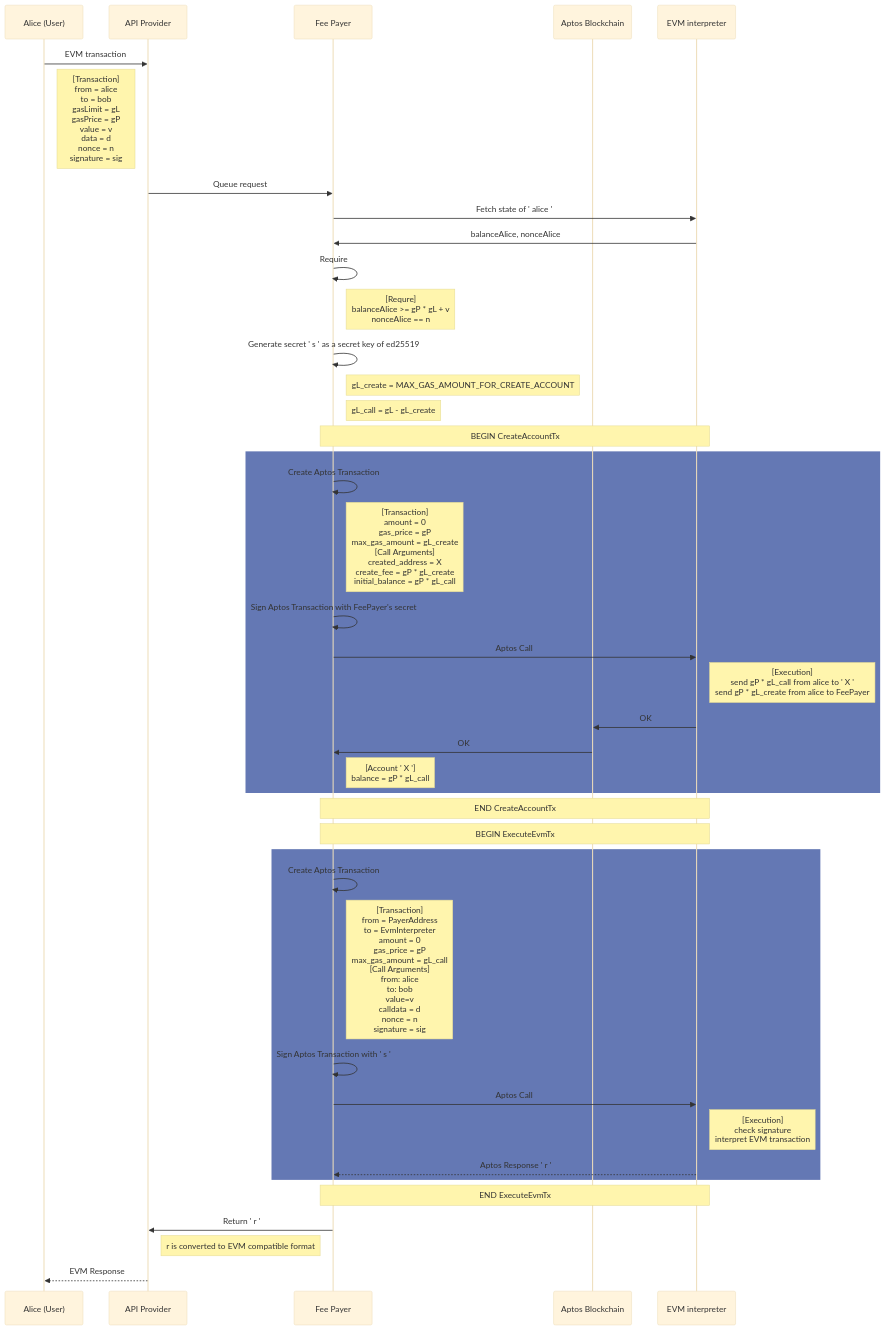
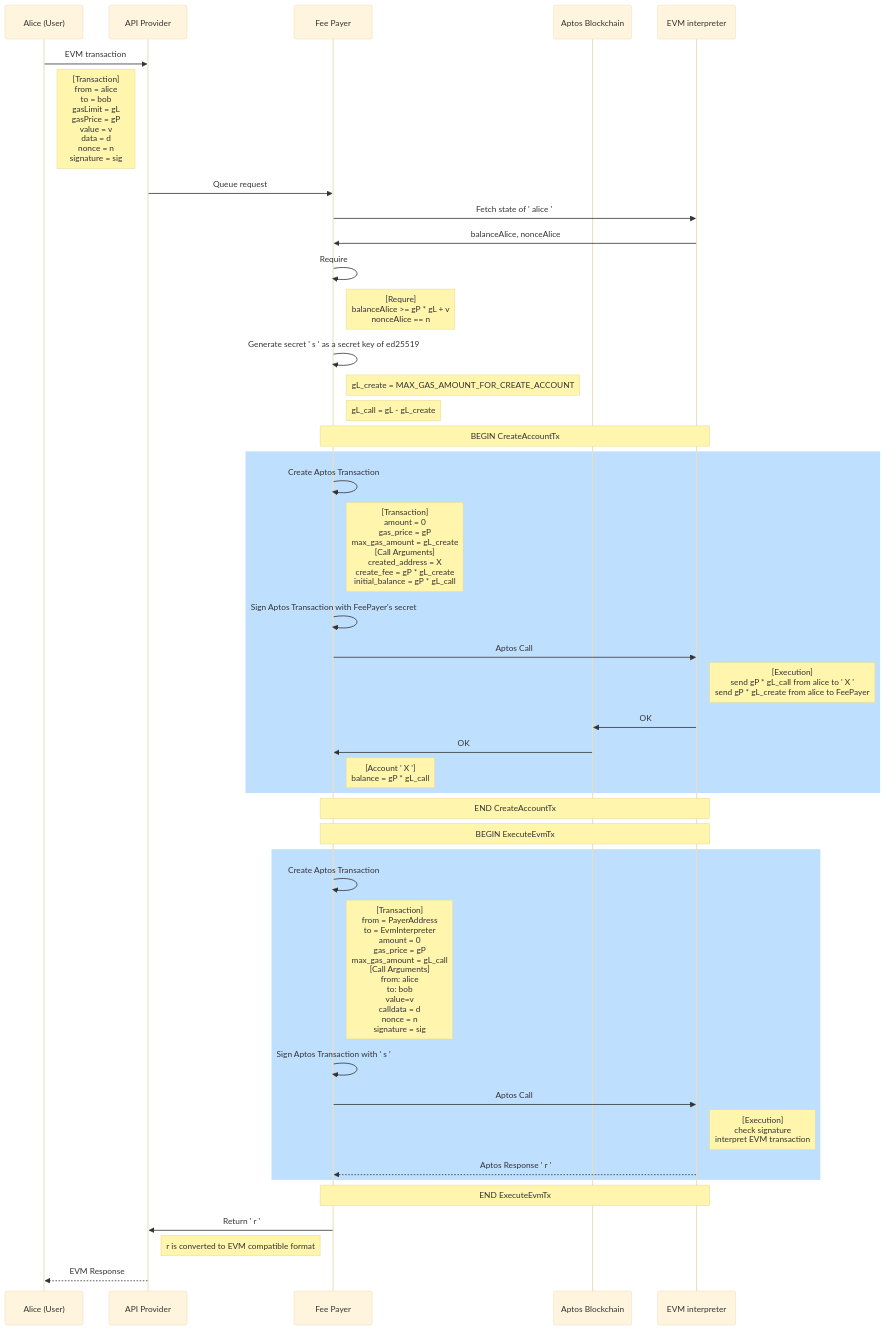
One commit to corriente-labs/half-evm changed the diagram in doc/proxy.md. Above: the diagram before and after it, drawn with Mermaid (base theme).

Commit message:
change color

````diff
--- a/doc/proxy.md
+++ b/doc/proxy.md
@@ -25,51 +25,51 @@
 ```mermaid
 sequenceDiagram
     participant Alice as Alice (User)
     participant API as API Provider
     participant Payer as Fee Payer
     participant Aptos as Aptos Blockchain
     participant EVM as EVM interpreter
 
     Alice->>API: EVM transaction
     Note right of Alice: [Transaction]<br/>from = alice<br/>to = bob<br/>gasLimit = gL<br/>gasPrice = gP<br/>value = v<br/>data = d<br/>nonce = n<br/>signature = sig
     API->>Payer: Queue request
 
     Payer->>EVM: Fetch state of ' alice '
     EVM->>Payer: balanceAlice, nonceAlice
     
     Payer->>Payer: Require
     Note right of Payer: [Requre]<br/>balanceAlice >= gP * gL + v<br/>nonceAlice == n
 
     Payer->>Payer: Generate secret ' s ' as a secret key of ed25519
 
     Note right of Payer: gL_create = MAX_GAS_AMOUNT_FOR_CREATE_ACCOUNT
     Note right of Payer: gL_call = gL - gL_create
 
     Note over Payer, EVM: BEGIN CreateAccountTx
-    rect rgb(100, 120, 180)
+    rect rgb(191, 223, 255)
         Payer->>Payer: Create Aptos Transaction
         Note right of Payer: [Transaction]<br/>amount = 0<br/>gas_price = gP<br/>max_gas_amount = gL_create<br/>[Call Arguments]<br/>created_address = X<br/>create_fee = gP * gL_create<br/>initial_balance = gP * gL_call
         Payer->>Payer: Sign Aptos Transaction with FeePayer's secret
         Payer->>EVM: Aptos Call
         Note right of EVM: [Execution]<br/>send gP * gL_call from alice to ' X '<br/>send gP * gL_create from alice to FeePayer
         EVM->>Aptos: OK
         Aptos->>Payer: OK
         Note right of Payer: [Account ' X ']<br/>balance = gP * gL_call
     end
     Note over Payer, EVM: END CreateAccountTx
 
     Note over Payer, EVM: BEGIN ExecuteEvmTx
-    rect rgb(100, 120, 180)
+    rect rgb(191, 223, 255)
         Payer->>Payer: Create Aptos Transaction
         Note right of Payer: [Transaction]<br/>from = PayerAddress<br/>to = EvmInterpreter<br/>amount = 0<br/>gas_price = gP<br/>max_gas_amount = gL_call<br/>[Call Arguments]<br/>from: alice<br/>to: bob<br/>value=v<br/>calldata = d<br/>nonce = n<br/>signature = sig
         Payer->>Payer: Sign Aptos Transaction with ' s '
         Payer->>EVM: Aptos Call 
         Note right of EVM: [Execution]<br/>check signature<br/>interpret EVM transaction
         EVM-->>Payer: Aptos Response ' r '
     end
     Note over Payer, EVM: END ExecuteEvmTx
 
     Payer->>API: Return ' r '
     Note right of API: r is converted to EVM compatible format
     API-->>Alice: EVM Response
 ```
````
